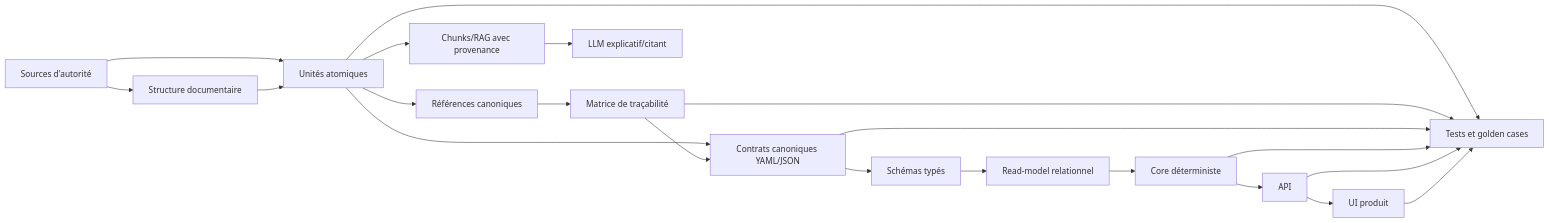
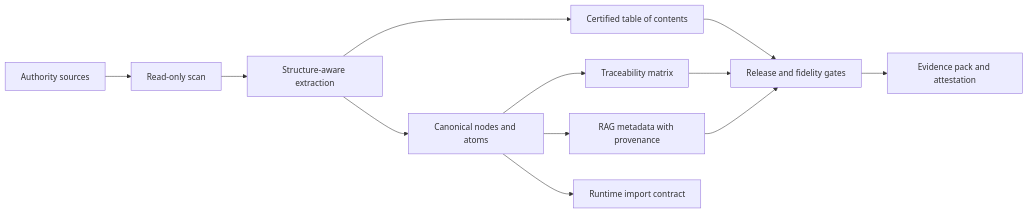
The diagram in README.md (decarvalhoe/NOMOS), drawn with Mermaid before and after one commit. The commit also changed other lines of this file and 36 other files, not shown here.

````diff
--- a/README.md
+++ b/README.md
@@ -15,23 +28,14 @@
 ```mermaid
 flowchart LR
-  S["Sources d'autorité"] --> U["Unités atomiques"]
-  S --> DS["Structure documentaire"]
-  DS --> U
-  U --> R["Références canoniques"]
-  U --> C["Contrats canoniques YAML/JSON"]
-  C --> SC["Schémas typés"]
-  SC --> DB["Read-model relationnel"]
-  R --> M["Matrice de traçabilité"]
-  M --> C
-  U --> VS["Chunks/RAG avec provenance"]
-  DB --> CORE["Core déterministe"]
-  VS --> LLM["LLM explicatif/citant"]
-  CORE --> API["API"]
-  API --> UI["UI produit"]
-  U --> T["Tests et golden cases"]
-  M --> T
-  C --> T
-  CORE --> T
-  API --> T
-  UI --> T
+  Source["Authority sources"] --> Scan["Read-only scan"]
+  Scan --> AST["Structure-aware extraction"]
+  AST --> TOC["Certified table of contents"]
+  AST --> Atoms["Canonical nodes and atoms"]
+  Atoms --> Matrix["Traceability matrix"]
+  Atoms --> RAG["RAG metadata with provenance"]
+  Atoms --> Engine["Runtime import contract"]
+  Matrix --> Gate["Release and fidelity gates"]
+  RAG --> Gate
+  TOC --> Gate
+  Gate --> Evidence["Evidence pack and attestation"]
 ```
````
